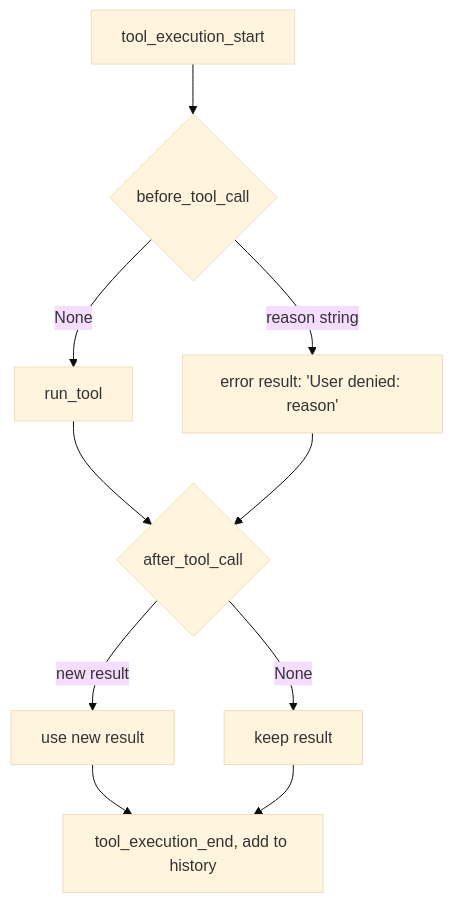
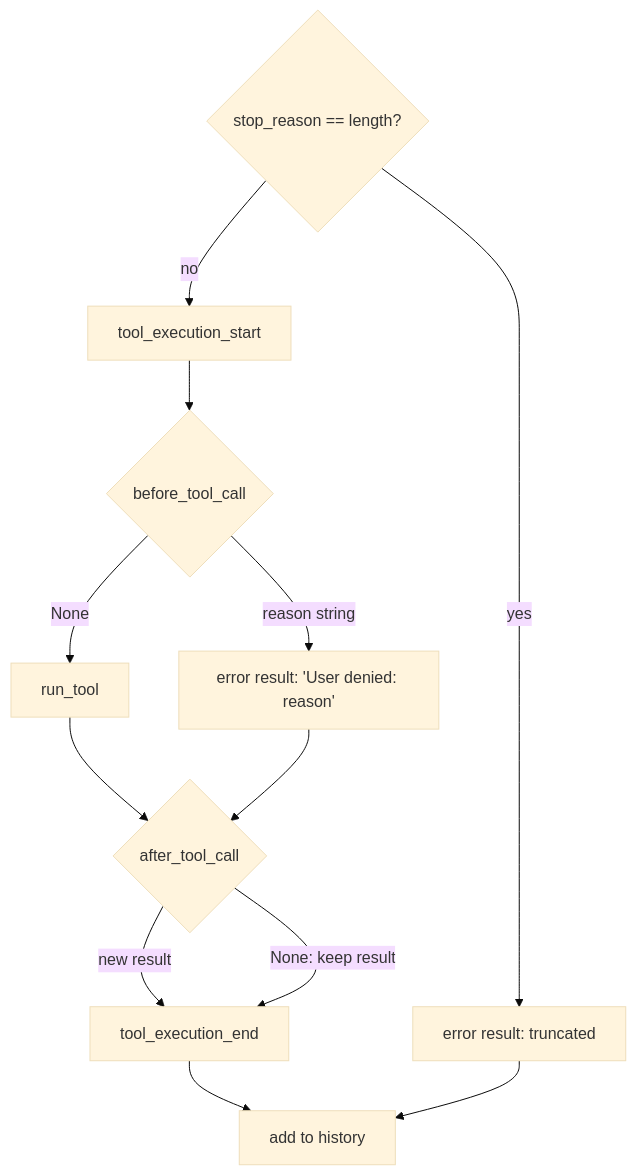
One commit to danhugo/simp-agent changed the second of 2 diagrams in docs/guidebook/08-hooks-approval.md. Above: the diagram before and after it, drawn with Mermaid (base theme). The commit also changed other lines of this file and 1 other file, not shown here.

````diff
--- a/docs/guidebook/08-hooks-approval.md
+++ b/docs/guidebook/08-hooks-approval.md
@@ -157,12 +121,14 @@
 ```mermaid
 flowchart TD
-    A[tool_execution_start] --> B{before_tool_call}
+    T{"stop_reason == length?"} -- yes --> X["error result: truncated"]
+    T -- no --> A[tool_execution_start]
+    A --> B{before_tool_call}
     B -- None --> C[run_tool]
     B -- "reason string" --> D["error result: 'User denied: reason'"]
     C --> E{after_tool_call}
     D --> E
-    E -- "new result" --> F[use new result]
-    E -- None --> G[keep result]
-    F --> H[tool_execution_end, add to history]
-    G --> H
+    E -- "new result" --> H[tool_execution_end]
+    E -- "None: keep result" --> H
+    H --> Y[add to history]
+    X --> Y
 ```
````
